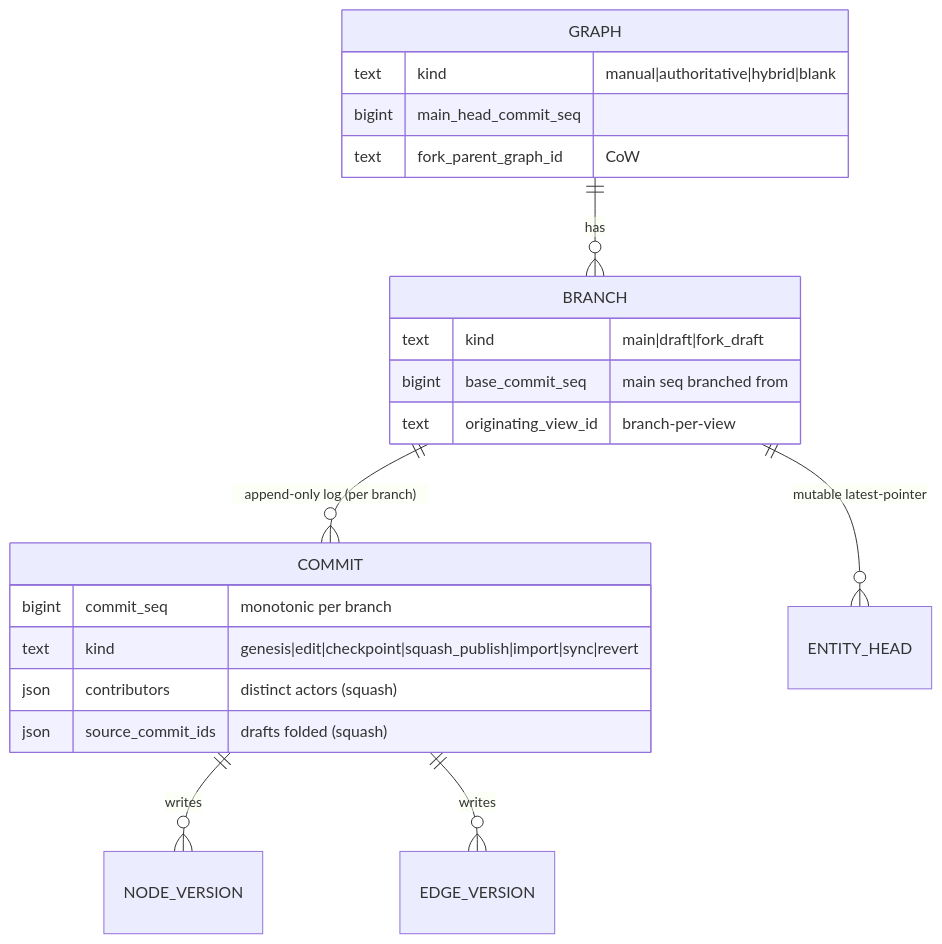
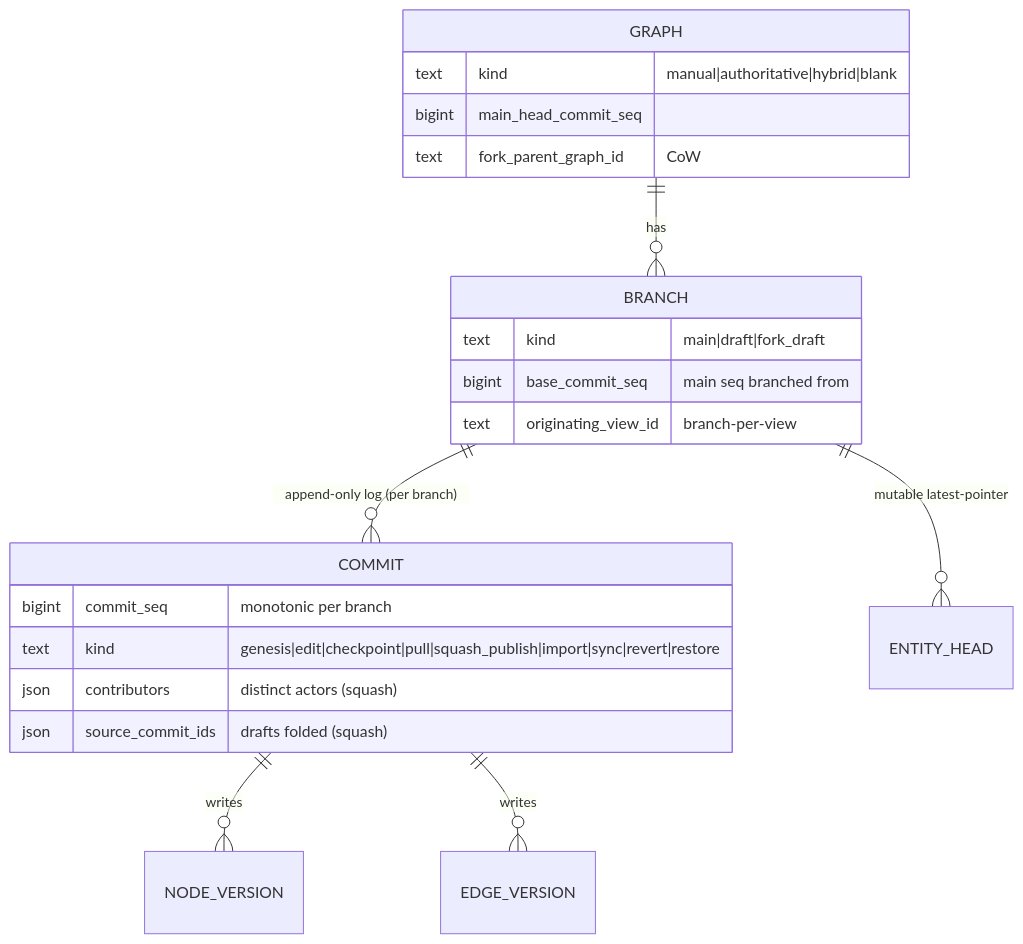
The first of 6 diagrams in docs/versioning/03-branching-commits-merge.md (rkrumins/dataviz), drawn with Mermaid before and after one commit. The commit also changed other lines of this file and 8 other files, not shown here.

````diff
--- a/docs/versioning/03-branching-commits-merge.md
+++ b/docs/versioning/03-branching-commits-merge.md
@@ -29,24 +29,24 @@
 ```mermaid
 erDiagram
     GRAPH ||--o{ BRANCH : has
     BRANCH ||--o{ COMMIT : "append-only log (per branch)"
     COMMIT ||--o{ NODE_VERSION : writes
     COMMIT ||--o{ EDGE_VERSION : writes
     BRANCH ||--o{ ENTITY_HEAD : "mutable latest-pointer"
     GRAPH {
         text kind "manual|authoritative|hybrid|blank"
         bigint main_head_commit_seq
         text fork_parent_graph_id "CoW"
     }
     BRANCH {
         text kind "main|draft|fork_draft"
         bigint base_commit_seq "main seq branched from"
         text originating_view_id "branch-per-view"
     }
     COMMIT {
         bigint commit_seq "monotonic per branch"
-        text kind "genesis|edit|checkpoint|squash_publish|import|sync|revert"
+        text kind "genesis|edit|checkpoint|pull|squash_publish|import|sync|revert|restore"
         json contributors "distinct actors (squash)"
         json source_commit_ids "drafts folded (squash)"
     }
 ```
````
